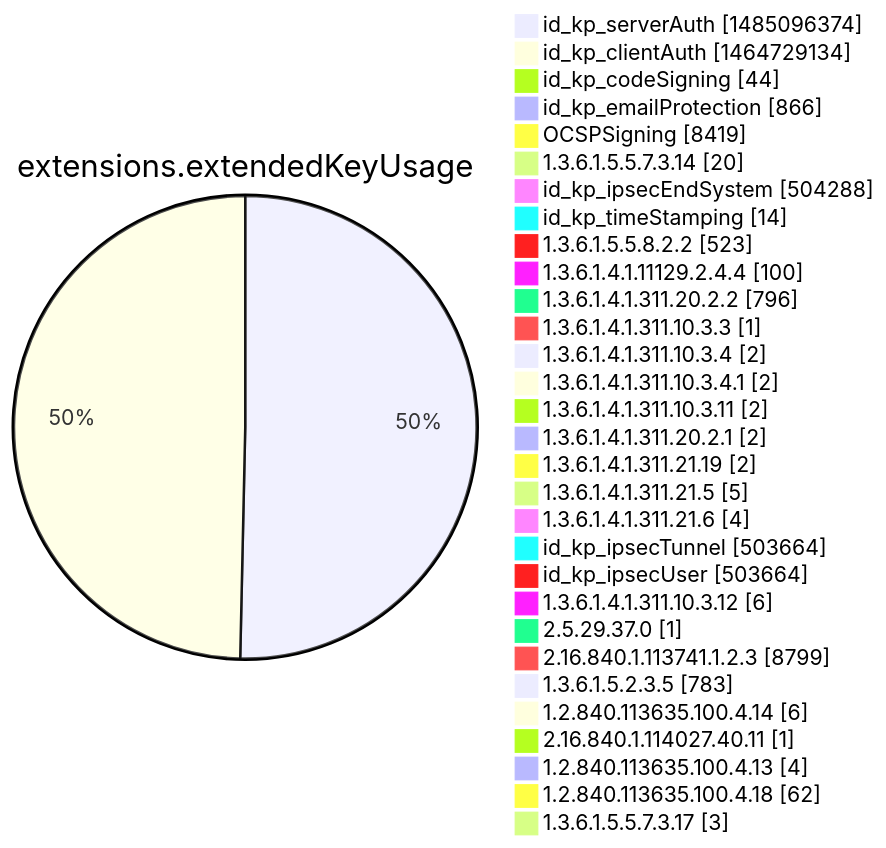
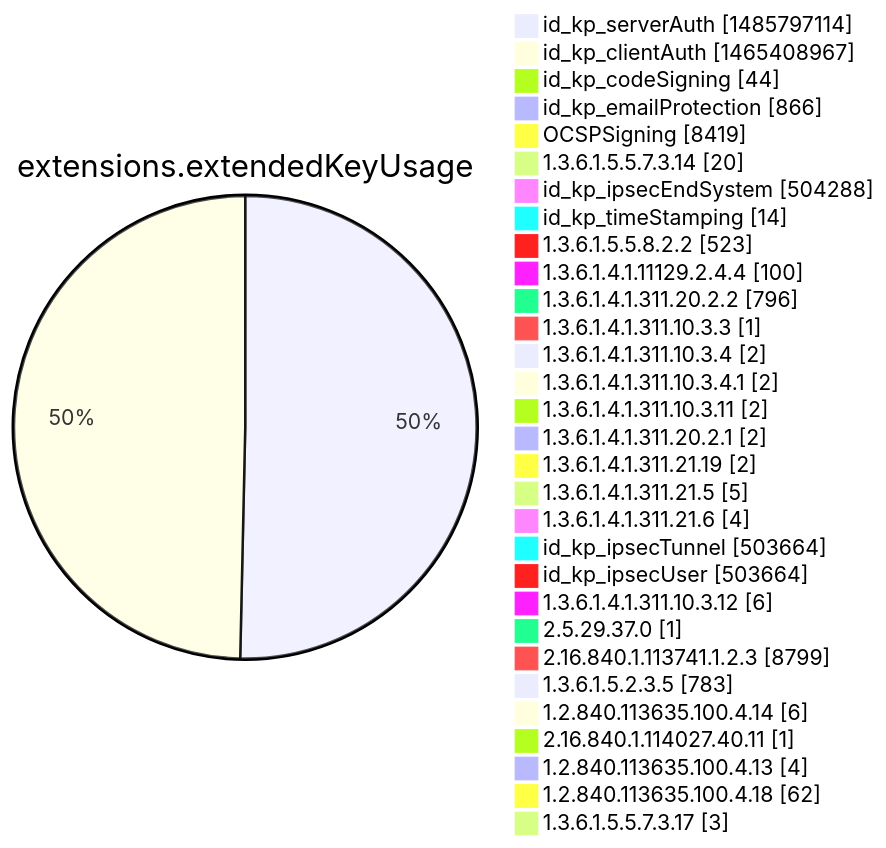
One commit to christiankrug/ctmonitor_visualization changed diagram 12 of 15 in argon2022/README.md. Above: the diagram before and after it, drawn with Mermaid. The commit also changed other lines of this file, not shown here.

````diff
--- a/argon2022/README.md
+++ b/argon2022/README.md
@@ -3555,34 +3555,34 @@
 ```mermaid
 pie showData
 title extensions.extendedKeyUsage
-"id_kp_serverAuth" :1485096374
-"id_kp_clientAuth" :1464729134
+"id_kp_serverAuth" :1485797114
+"id_kp_clientAuth" :1465408967
 "id_kp_codeSigning" :44
 "id_kp_emailProtection" :866
 "OCSPSigning" :8419
 "1.3.6.1.5.5.7.3.14" :20
 "id_kp_ipsecEndSystem" :504288
 "id_kp_timeStamping" :14
 "1.3.6.1.5.5.8.2.2" :523
 "1.3.6.1.4.1.11129.2.4.4" :100
 "1.3.6.1.4.1.311.20.2.2" :796
 "1.3.6.1.4.1.311.10.3.3" :1
 "1.3.6.1.4.1.311.10.3.4" :2
 "1.3.6.1.4.1.311.10.3.4.1" :2
 "1.3.6.1.4.1.311.10.3.11" :2
 "1.3.6.1.4.1.311.20.2.1" :2
 "1.3.6.1.4.1.311.21.19" :2
 "1.3.6.1.4.1.311.21.5" :5
 "1.3.6.1.4.1.311.21.6" :4
 "id_kp_ipsecTunnel" :503664
 "id_kp_ipsecUser" :503664
 "1.3.6.1.4.1.311.10.3.12" :6
 "2.5.29.37.0" :1
 "2.16.840.1.113741.1.2.3" :8799
 "1.3.6.1.5.2.3.5" :783
 "1.2.840.113635.100.4.14" :6
 "2.16.840.1.114027.40.11" :1
 "1.2.840.113635.100.4.13" :4
 "1.2.840.113635.100.4.18" :62
 "1.3.6.1.5.5.7.3.17" :3
 ```
````
